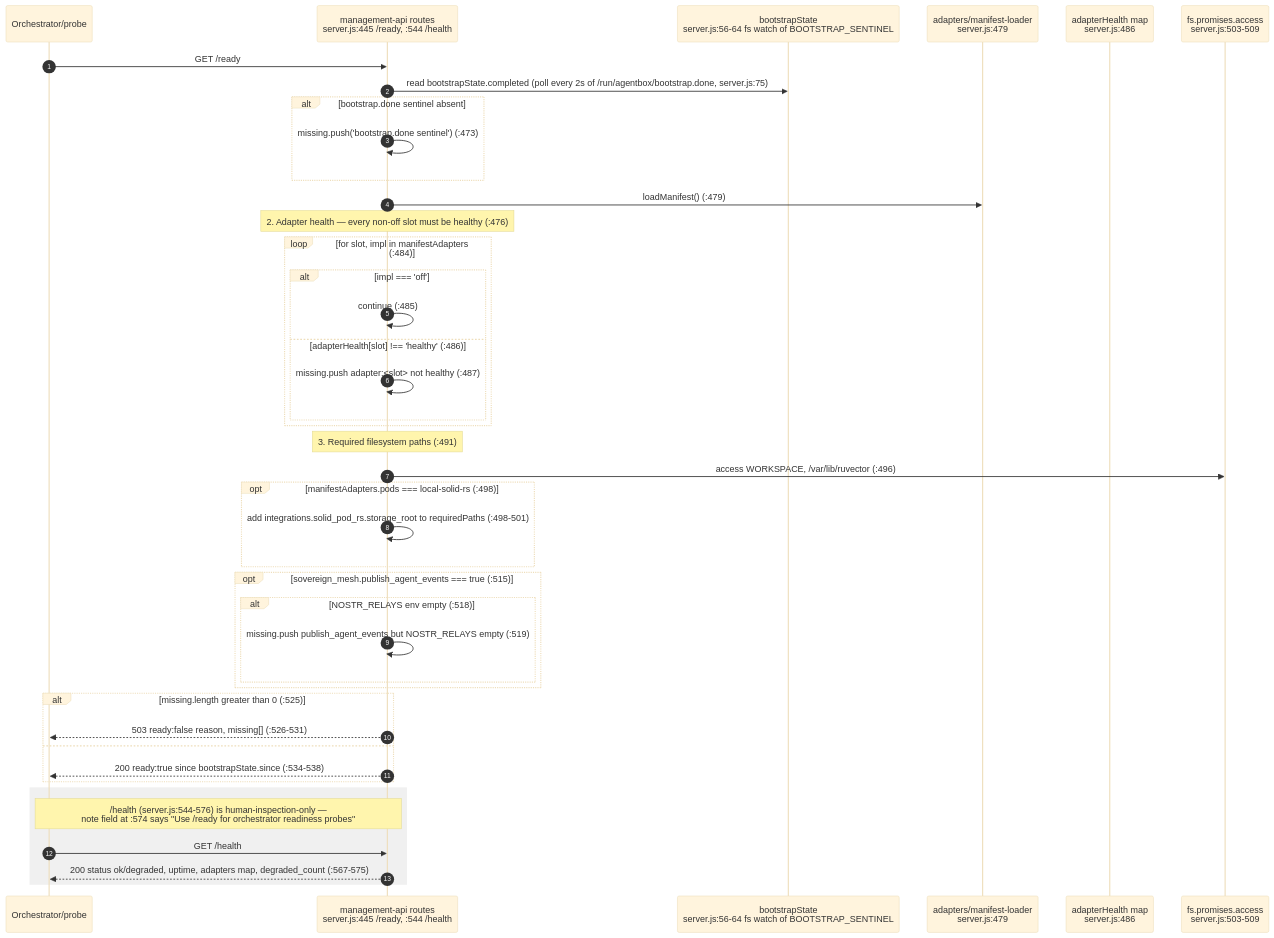
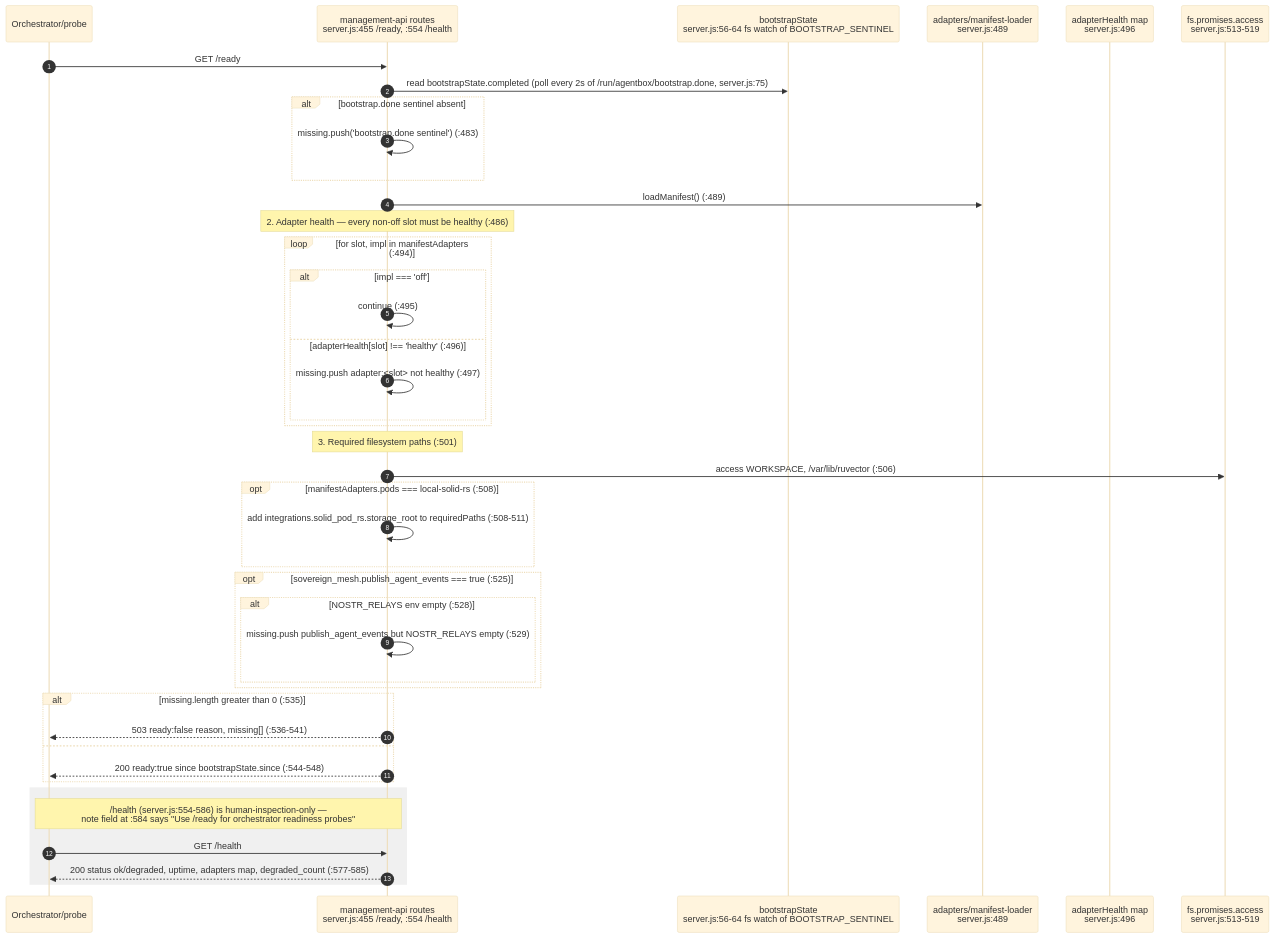
One commit to DreamLab-AI/VisionFlow changed the eighth of 20 diagrams in docs/diagrams/agentbox/02-boot-sequence-and-readiness.md. Above: the diagram before and after it, drawn with Mermaid (base theme). The commit also changed other lines of this file and 94 other files, not shown here.

First line of the commit message:
docs(diagrams): re-verify 130 topics against 2 October HEADs

````diff
--- a/docs/diagrams/agentbox/02-boot-sequence-and-readiness.md
+++ b/docs/diagrams/agentbox/02-boot-sequence-and-readiness.md
@@ -302,46 +309,46 @@
 ```mermaid
 sequenceDiagram
     autonumber
     participant O as Orchestrator/probe
-    participant R as management-api routes<br/>server.js:445 /ready, :544 /health
+    participant R as management-api routes<br/>server.js:455 /ready, :554 /health
     participant BS as bootstrapState<br/>server.js:56-64 fs watch of BOOTSTRAP_SENTINEL
-    participant ML as adapters/manifest-loader<br/>server.js:479
-    participant AH as adapterHealth map<br/>server.js:486
-    participant FS as fs.promises.access<br/>server.js:503-509
+    participant ML as adapters/manifest-loader<br/>server.js:489
+    participant AH as adapterHealth map<br/>server.js:496
+    participant FS as fs.promises.access<br/>server.js:513-519
 
     O->>R: GET /ready
     R->>BS: read bootstrapState.completed (poll every 2s of /run/agentbox/bootstrap.done, server.js:75)
     alt bootstrap.done sentinel absent
-        R->>R: missing.push('bootstrap.done sentinel') (:473)
+        R->>R: missing.push('bootstrap.done sentinel') (:483)
     end
-    R->>ML: loadManifest() (:479)
-    Note over R: 2. Adapter health — every non-off slot must be healthy (:476)
-    loop for slot, impl in manifestAdapters (:484)
+    R->>ML: loadManifest() (:489)
+    Note over R: 2. Adapter health — every non-off slot must be healthy (:486)
+    loop for slot, impl in manifestAdapters (:494)
         alt impl === 'off'
-            R->>R: continue (:485)
-        else adapterHealth[slot] !== 'healthy' (:486)
-            R->>R: missing.push adapter:<slot> not healthy (:487)
+            R->>R: continue (:495)
+        else adapterHealth[slot] !== 'healthy' (:496)
+            R->>R: missing.push adapter:<slot> not healthy (:497)
         end
     end
-    Note over R: 3. Required filesystem paths (:491)
-    R->>FS: access WORKSPACE, /var/lib/ruvector (:496)
-    opt manifestAdapters.pods === local-solid-rs (:498)
-        R->>R: add integrations.solid_pod_rs.storage_root to requiredPaths (:498-501)
+    Note over R: 3. Required filesystem paths (:501)
+    R->>FS: access WORKSPACE, /var/lib/ruvector (:506)
+    opt manifestAdapters.pods === local-solid-rs (:508)
+        R->>R: add integrations.solid_pod_rs.storage_root to requiredPaths (:508-511)
     end
-    opt sovereign_mesh.publish_agent_events === true (:515)
-        alt NOSTR_RELAYS env empty (:518)
-            R->>R: missing.push publish_agent_events but NOSTR_RELAYS empty (:519)
+    opt sovereign_mesh.publish_agent_events === true (:525)
+        alt NOSTR_RELAYS env empty (:528)
+            R->>R: missing.push publish_agent_events but NOSTR_RELAYS empty (:529)
         end
     end
-    alt missing.length greater than 0 (:525)
-        R-->>O: 503 ready:false reason, missing[] (:526-531)
+    alt missing.length greater than 0 (:535)
+        R-->>O: 503 ready:false reason, missing[] (:536-541)
     else
-        R-->>O: 200 ready:true since bootstrapState.since (:534-538)
+        R-->>O: 200 ready:true since bootstrapState.since (:544-548)
     end
 
     rect rgb(240,240,240)
-    Note over O,R: /health (server.js:544-576) is human-inspection-only —<br/>note field at :574 says "Use /ready for orchestrator readiness probes"
+    Note over O,R: /health (server.js:554-586) is human-inspection-only —<br/>note field at :584 says "Use /ready for orchestrator readiness probes"
     O->>R: GET /health
-    R-->>O: 200 status ok/degraded, uptime, adapters map, degraded_count (:567-575)
+    R-->>O: 200 status ok/degraded, uptime, adapters map, degraded_count (:577-585)
     end
 ```
````
